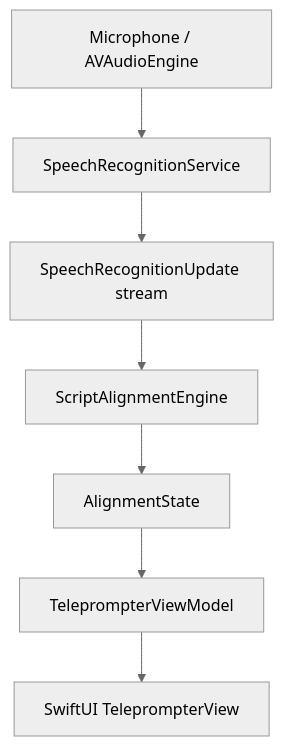
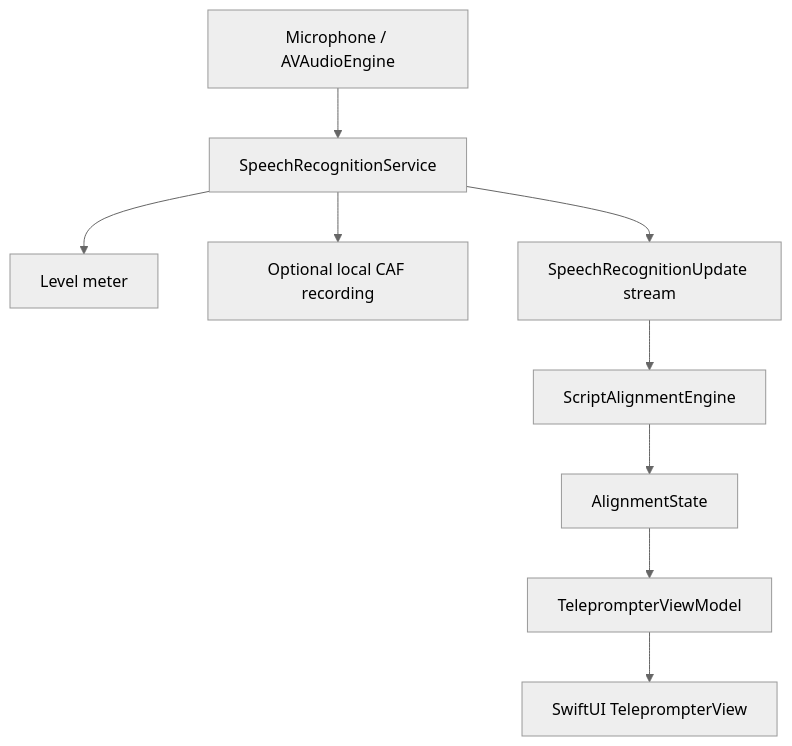
One commit to ozyjay/FollowScript changed the diagram in docs/architecture.md. Above: the diagram before and after it, drawn with Mermaid (neutral theme). The commit also changed other lines of this file and 11 other files, not shown here.

Commit message:
feat: Enhance audio recording functionality with microphone level monitoring and error handling

````diff
--- a/docs/architecture.md
+++ b/docs/architecture.md
@@ -5,9 +5,11 @@
 ```mermaid
 flowchart TD
     A[Microphone / AVAudioEngine] --> B[SpeechRecognitionService]
+    B --> H[Level meter]
+    B --> I[Optional local CAF recording]
     B --> C[SpeechRecognitionUpdate stream]
     C --> D[ScriptAlignmentEngine]
     D --> E[AlignmentState]
     E --> F[TeleprompterViewModel]
     F --> G[SwiftUI TeleprompterView]
 ```
````
